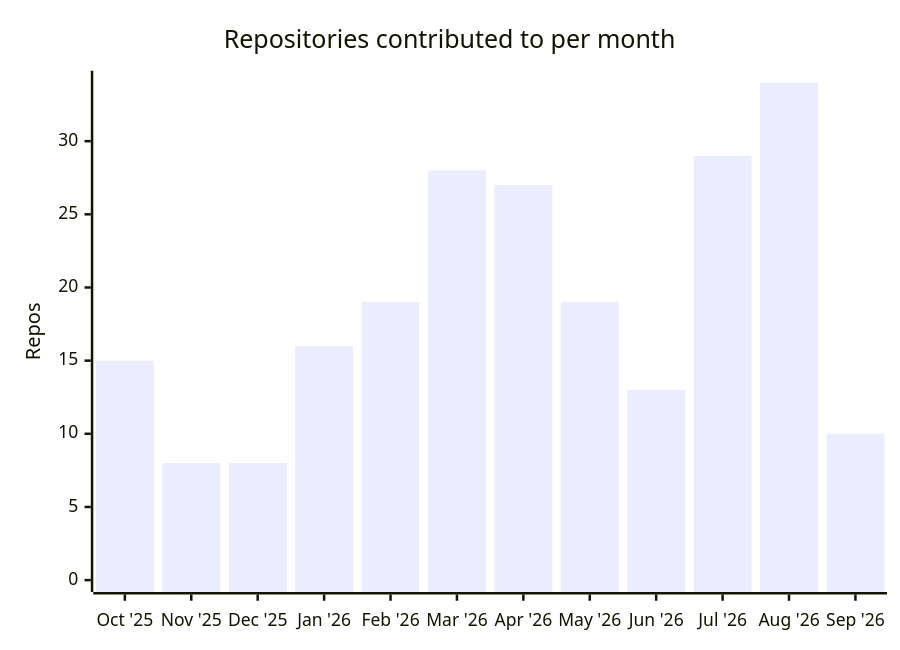
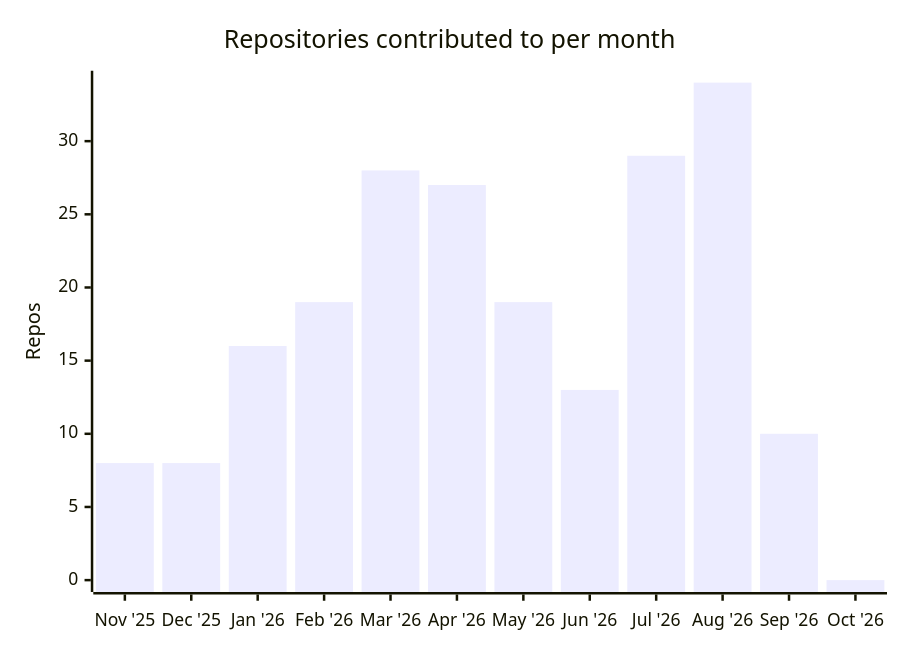
Before and after one commit to soderlind/soderlind: the second of 2 diagrams in README.md, drawn with Mermaid. The commit also changed other lines of this file, not shown here.

````diff
--- a/README.md
+++ b/README.md
@@ -427,7 +427,7 @@
 ```mermaid
 xychart-beta
     title "Repositories contributed to per month"
-    x-axis ["Oct '25", "Nov '25", "Dec '25", "Jan '26", "Feb '26", "Mar '26", "Apr '26", "May '26", "Jun '26", "Jul '26", "Aug '26", "Sep '26"]
+    x-axis ["Nov '25", "Dec '25", "Jan '26", "Feb '26", "Mar '26", "Apr '26", "May '26", "Jun '26", "Jul '26", "Aug '26", "Sep '26", "Oct '26"]
     y-axis "Repos" 0 --> 34
-    bar [15, 8, 8, 16, 19, 28, 27, 19, 13, 29, 34, 10]
+    bar [8, 8, 16, 19, 28, 27, 19, 13, 29, 34, 10, 0]
 ```
````
